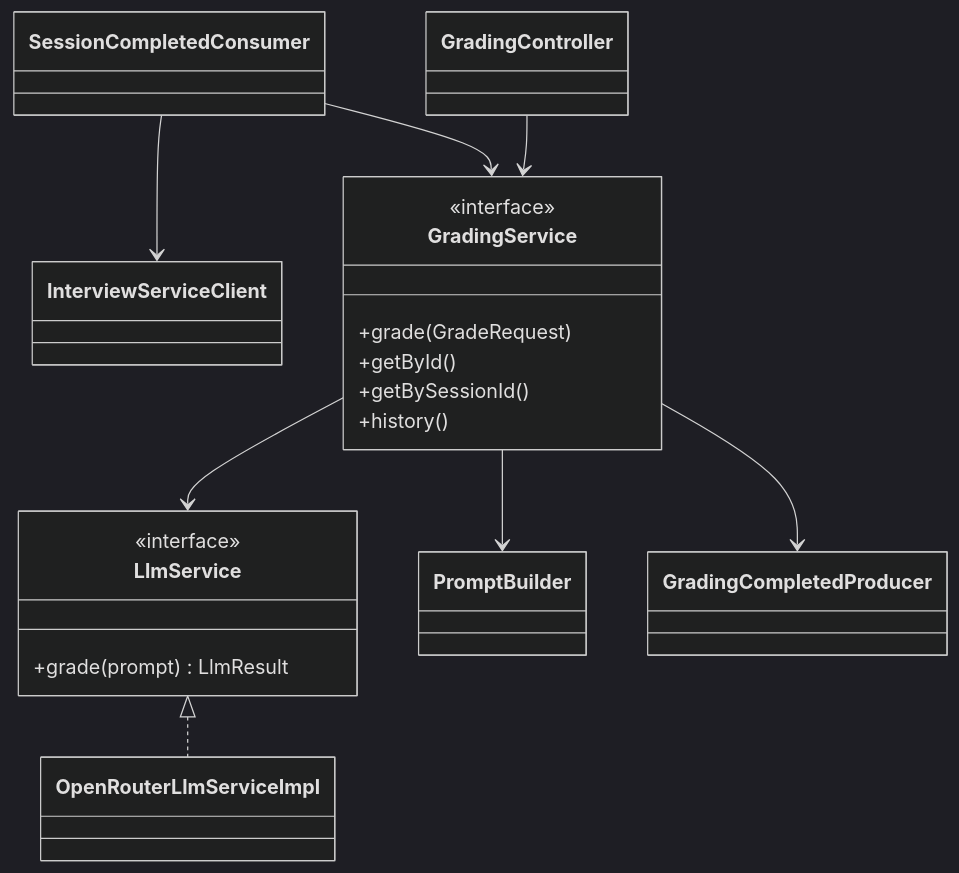
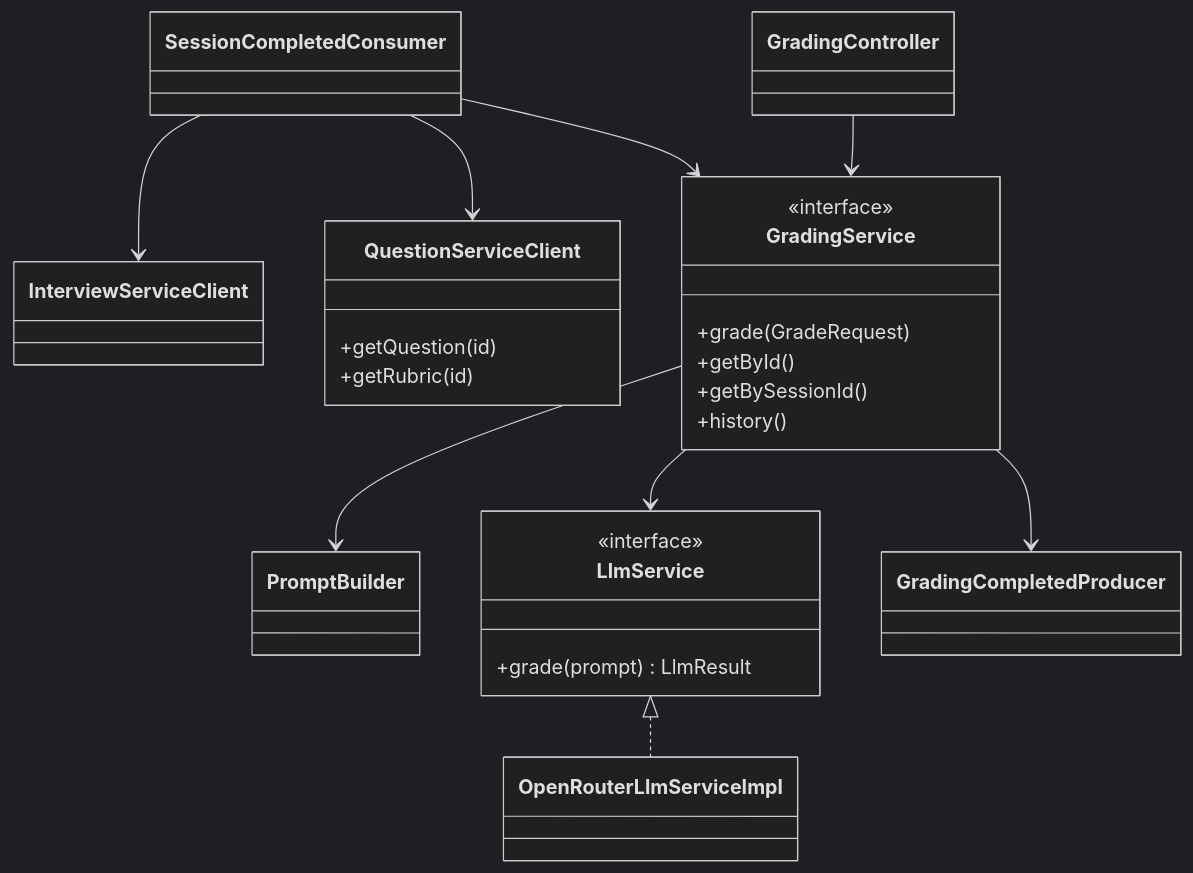
The fourth of 4 diagrams in docs/services/grading-service.md (ngohoangg/intelli-hire), drawn with Mermaid (dark theme) before and after one commit. The commit also changed other lines of this file and 19 other files, not shown here.

````diff
--- a/docs/services/grading-service.md
+++ b/docs/services/grading-service.md
@@ -135,27 +154,32 @@
 ```mermaid
 classDiagram
     class GradingController
     class SessionCompletedConsumer
     class InterviewServiceClient
+    class QuestionServiceClient {
+        +getQuestion(id)
+        +getRubric(id)
+    }
     class GradingService {
         <<interface>>
         +grade(GradeRequest)
         +getById()
         +getBySessionId()
         +history()
     }
     class LlmService {
         <<interface>>
         +grade(prompt) LlmResult
     }
     class OpenRouterLlmServiceImpl
     class PromptBuilder
     class GradingCompletedProducer
     GradingController --> GradingService
     SessionCompletedConsumer --> InterviewServiceClient
+    SessionCompletedConsumer --> QuestionServiceClient
     SessionCompletedConsumer --> GradingService
     GradingService --> PromptBuilder
     GradingService --> LlmService
     LlmService <|.. OpenRouterLlmServiceImpl
     GradingService --> GradingCompletedProducer
 ```
````
